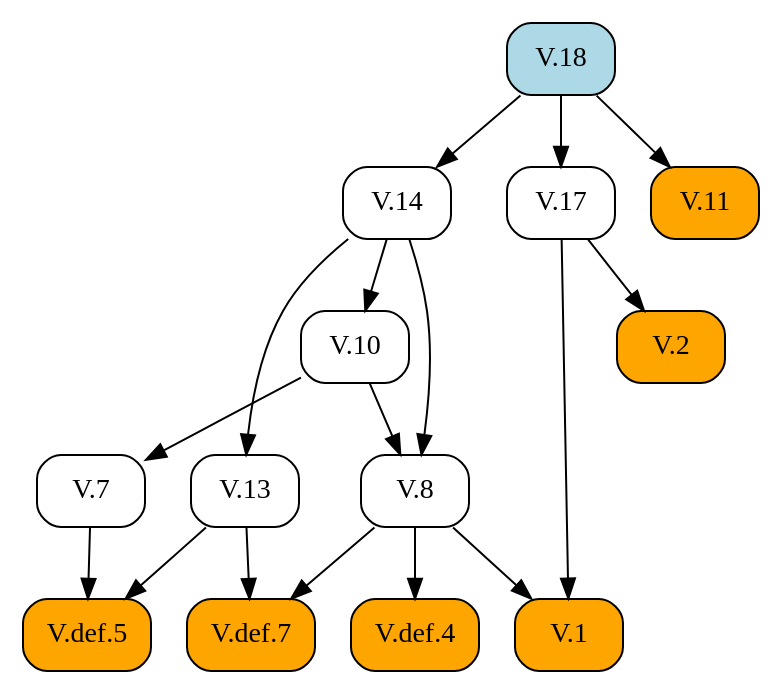
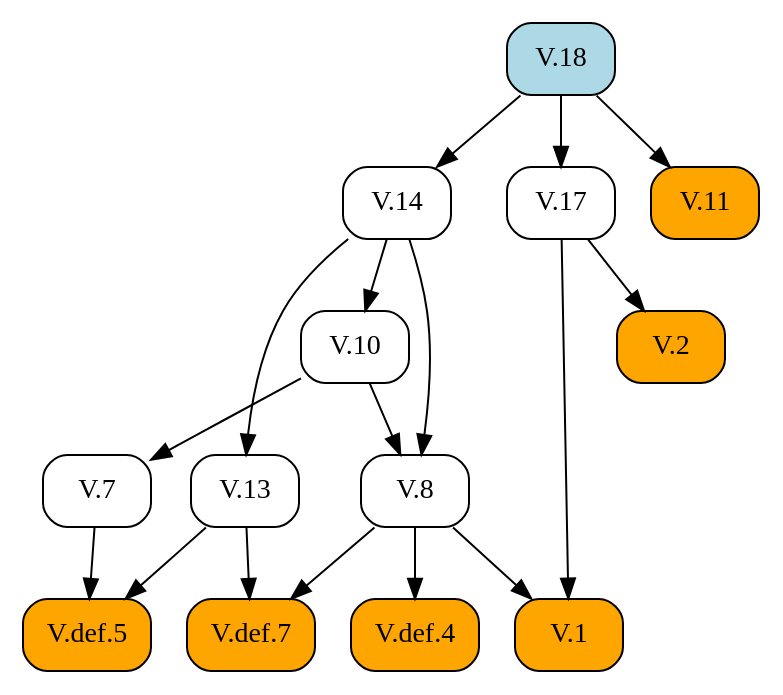
The diagram in docsrc/elements2/V/18/index.rst (geometor/elements), drawn with Graphviz before and after one commit. The commit also changed other lines of this file and 409 other files, not shown here.

First line of the commit message:
feat: Add image cropping and graphic extraction script

```diff
--- a/docsrc/elements2/V/18/index.rst
+++ b/docsrc/elements2/V/18/index.rst
@@ -70,35 +70,35 @@
 .. graphviz::
 
    digraph {
      rankdir="TB";
      node [shape=box, style=rounded];
+     "V.def.5" [style="rounded,filled", fillcolor=orange, URL="/elements2/V/def.5/", target="_top"];
      "V.14" [URL="/elements2/V/14/", target="_top"];
-     "V.7" [URL="/elements2/V/7/", target="_top"];
+     "V.17" [URL="/elements2/V/17/", target="_top"];
+     "V.18" [style="rounded,filled", fillcolor=lightblue, URL="/elements2/V/18/", target="_top"];
+     "V.13" [URL="/elements2/V/13/", target="_top"];
      "V.10" [URL="/elements2/V/10/", target="_top"];
-     "V.18" [style="rounded,filled", fillcolor=lightblue, URL="/elements2/V/18/", target="_top"];
-     "V.def.5" [style="rounded,filled", fillcolor=orange, URL="/elements2/V/def.5/", target="_top"];
      "V.8" [URL="/elements2/V/8/", target="_top"];
      "V.def.4" [style="rounded,filled", fillcolor=orange, URL="/elements2/V/def.4/", target="_top"];
      "V.def.7" [style="rounded,filled", fillcolor=orange, URL="/elements2/V/def.7/", target="_top"];
+     "V.1" [style="rounded,filled", fillcolor=orange, URL="/elements2/V/1/", target="_top"];
+     "V.11" [style="rounded,filled", fillcolor=orange, URL="/elements2/V/11/", target="_top"];
+     "V.7" [URL="/elements2/V/7/", target="_top"];
      "V.2" [style="rounded,filled", fillcolor=orange, URL="/elements2/V/2/", target="_top"];
-     "V.1" [style="rounded,filled", fillcolor=orange, URL="/elements2/V/1/", target="_top"];
-     "V.13" [URL="/elements2/V/13/", target="_top"];
-     "V.11" [style="rounded,filled", fillcolor=orange, URL="/elements2/V/11/", target="_top"];
-     "V.17" [URL="/elements2/V/17/", target="_top"];
-     "V.18" -> "V.14";
-     "V.10" -> "V.7";
-     "V.14" -> "V.10";
      "V.7" -> "V.def.5";
      "V.13" -> "V.def.5";
+     "V.18" -> "V.14";
+     "V.18" -> "V.17";
+     "V.14" -> "V.13";
+     "V.14" -> "V.10";
      "V.10" -> "V.8";
      "V.14" -> "V.8";
      "V.8" -> "V.def.4";
      "V.8" -> "V.def.7";
      "V.13" -> "V.def.7";
-     "V.17" -> "V.2";
      "V.8" -> "V.1";
      "V.17" -> "V.1";
-     "V.14" -> "V.13";
      "V.18" -> "V.11";
-     "V.18" -> "V.17";
+     "V.10" -> "V.7";
+     "V.17" -> "V.2";
    }
```
